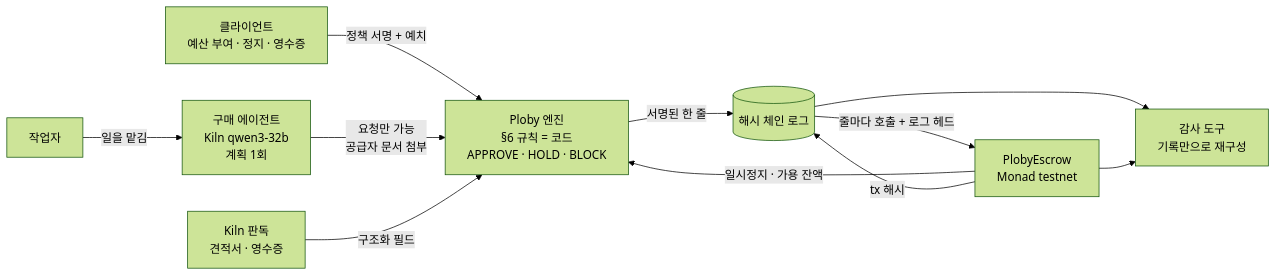
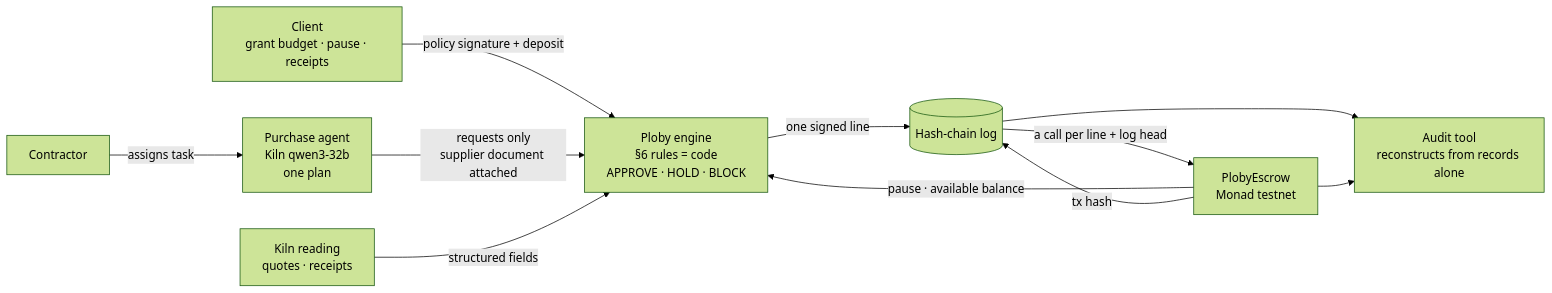
Before and after one commit to hyunhomon/ploby: the diagram in README.md, drawn with Mermaid (forest theme). The commit also changed other lines of this file and 6 other files, not shown here.

````diff
--- a/README.md
+++ b/README.md
@@ -23,13 +21,13 @@
 ```mermaid
 flowchart LR
-  C[클라이언트<br/>예산 부여 · 정지 · 영수증] -->|정책 서명 + 예치| E
-  W[작업자] -->|일을 맡김| A[구매 에이전트<br/>Kiln qwen3-32b<br/>계획 1회]
-  A -->|요청만 가능<br/>공급자 문서 첨부| E[Ploby 엔진<br/>§6 규칙 = 코드<br/>APPROVE · HOLD · BLOCK]
-  K[Kiln 판독<br/>견적서 · 영수증] -->|구조화 필드| E
-  E -->|서명된 한 줄| L[(해시 체인 로그)]
-  L -->|줄마다 호출 + 로그 헤드| X[PlobyEscrow<br/>Monad testnet]
-  X -->|일시정지 · 가용 잔액| E
-  X -->|tx 해시| L
-  L --> V[감사 도구<br/>기록만으로 재구성]
+  C[Client<br/>grant budget · pause · receipts] -->|policy signature + deposit| E
+  W[Contractor] -->|assigns task| A[Purchase agent<br/>Kiln qwen3-32b<br/>one plan]
+  A -->|requests only<br/>supplier document attached| E[Ploby engine<br/>§6 rules = code<br/>APPROVE · HOLD · BLOCK]
+  K[Kiln reading<br/>quotes · receipts] -->|structured fields| E
+  E -->|one signed line| L[(Hash-chain log)]
+  L -->|a call per line + log head| X[PlobyEscrow<br/>Monad testnet]
+  X -->|pause · available balance| E
+  X -->|tx hash| L
+  L --> V[Audit tool<br/>reconstructs from records alone]
   X --> V
 ```
````
